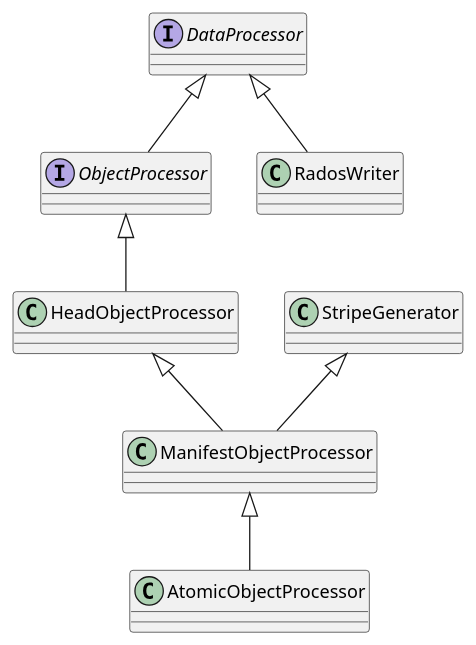
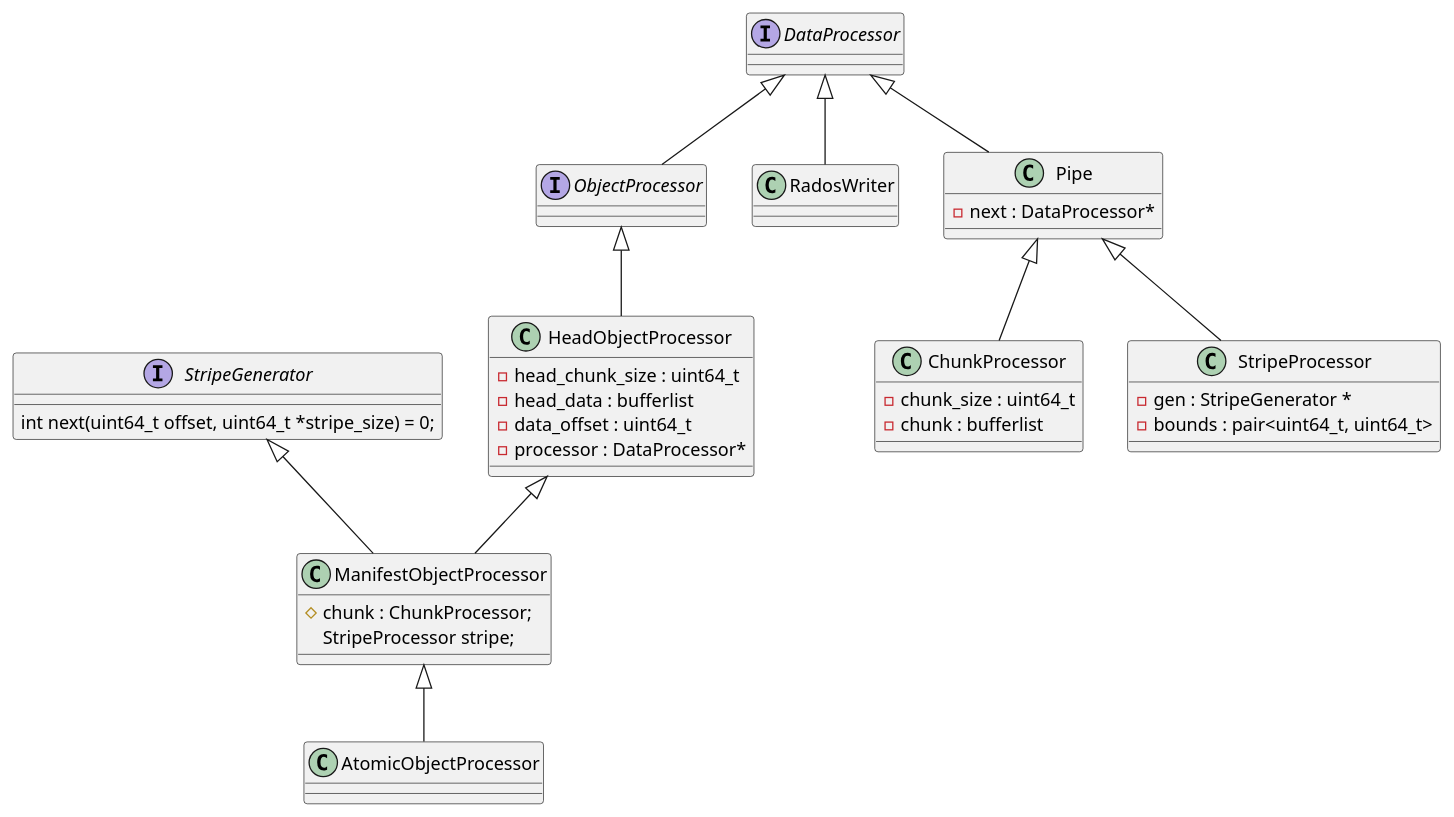
Before and after one commit to liutimo/liutimo.github.io: the second of 2 diagrams in source/_posts/rgw-put-obj-atomic.md, drawn with PlantUML. The commit also changed other lines of this file and 3 other files, not shown here.

Commit message:
使能mermaid

````diff
--- a/source/_posts/rgw-put-obj-atomic.md
+++ b/source/_posts/rgw-put-obj-atomic.md
@@ -16,18 +54,47 @@
 ```plantuml
 @startuml
 
 interface DataProcessor {
 }
 
 interface ObjectProcessor extends DataProcessor {}
 
-class HeadObjectProcessor extends ObjectProcessor {}
-
+interface StripeGenerator {
+  int next(uint64_t offset, uint64_t *stripe_size) = 0;
+}
 
 class RadosWriter extends DataProcessor{}
 
-class ManifestObjectProcessor extends HeadObjectProcessor, StripeGenerator{}
+class ManifestObjectProcessor extends HeadObjectProcessor, StripeGenerator {
+  # chunk : ChunkProcessor;
+  StripeProcessor stripe;
+}
 
 class AtomicObjectProcessor extends ManifestObjectProcessor{}
+
+
+class Pipe extends DataProcessor {
+ - next : DataProcessor*
+}
+
+class ChunkProcessor extends Pipe {
+ - chunk_size : uint64_t
+ - chunk : bufferlist
+}
+
+class StripeProcessor extends Pipe {
+ - gen : StripeGenerator *
+ - bounds : pair<uint64_t, uint64_t>
+}
+
+class HeadObjectProcessor extends ObjectProcessor {
+  - head_chunk_size : uint64_t
+  - head_data : bufferlist
+  - data_offset : uint64_t
+  - processor : DataProcessor*
+}
+
+ StripeGenerator .[hidden] HeadObjectProcessor
+
 @enduml
 ```
````
